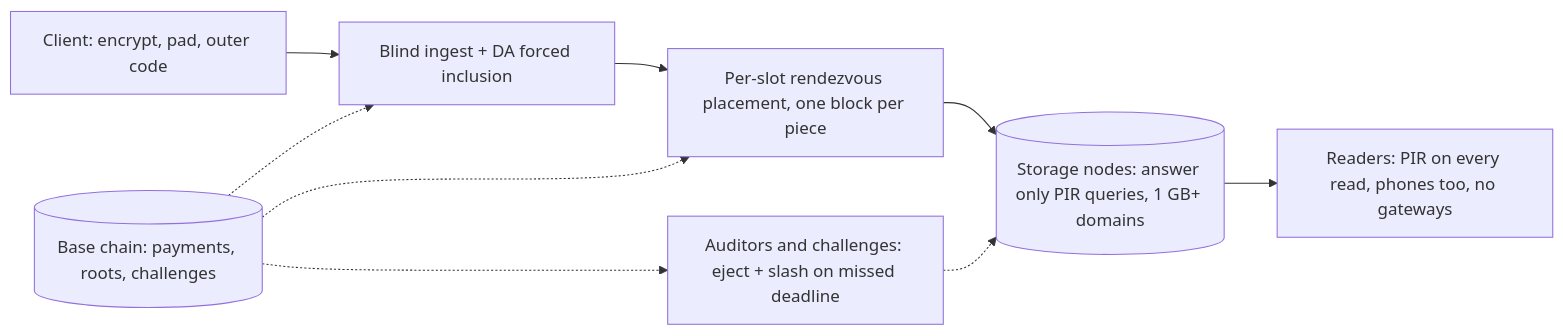
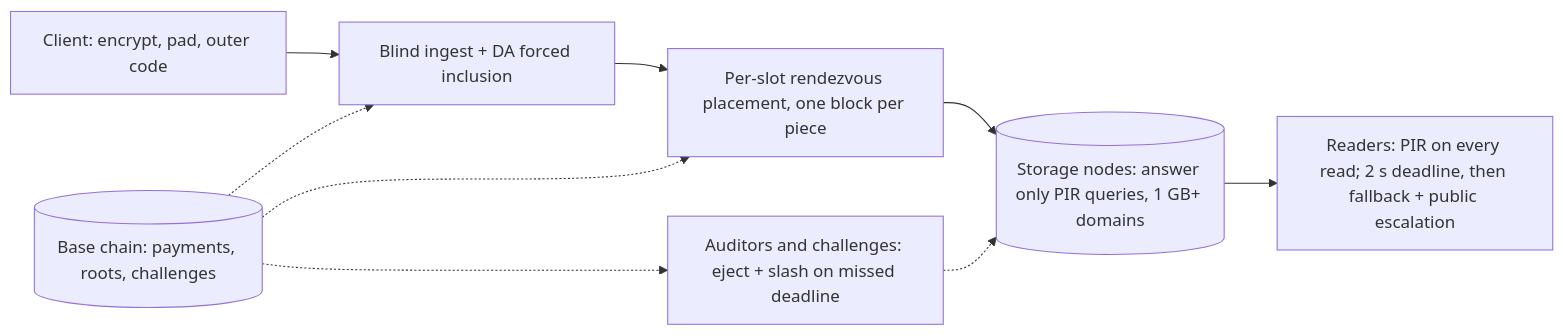
Before and after one commit to qphe95/holoweave: the diagram in docs/design.md, drawn with Mermaid. The commit also changed other lines of this file and 7 other files, not shown here.

````diff
--- a/docs/design.md
+++ b/docs/design.md
@@ -59,11 +59,11 @@
 ```mermaid
 flowchart LR
   C[Client: encrypt, pad, outer code] --> I[Blind ingest + DA forced inclusion]
   I --> P[Per-slot rendezvous placement, one block per piece]
   P --> S[(Storage nodes: answer only PIR queries, 1 GB+ domains)]
-  S --> R[Readers: PIR on every read, phones too, no gateways]
+  S --> R[Readers: PIR on every read; 2 s deadline, then fallback + public escalation]
   A[Auditors and challenges: eject + slash on missed deadline] -.-> S
   B[(Base chain: payments, roots, challenges)] -.-> I
   B -.-> P
   B -.-> A
 ```
````
